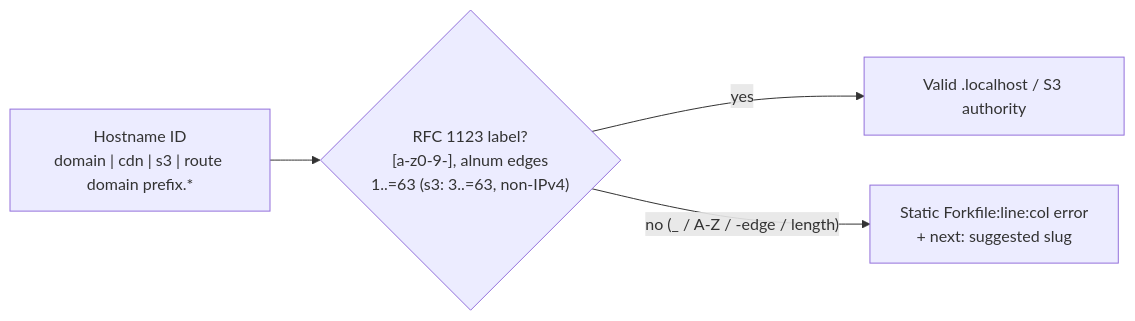
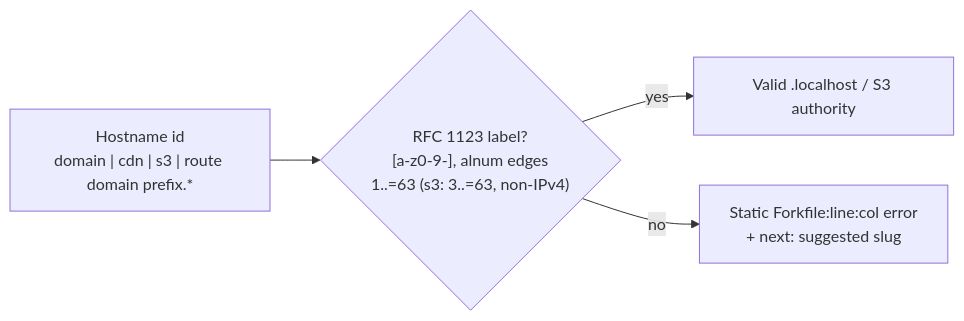
Before and after one commit to OffworldNexus/slipfork: the diagram in specs/01-forkfile.md, drawn with Mermaid. The commit also changed other lines of this file and 18 other files, not shown here.

````diff
--- a/specs/01-forkfile.md
+++ b/specs/01-forkfile.md
@@ -84,6 +47,6 @@
 ```mermaid
 flowchart LR
-  Decl["Hostname ID\ndomain | cdn | s3 | route domain prefix.*"] --> Check{"RFC 1123 label?\n[a-z0-9-], alnum edges\n1..=63 (s3: 3..=63, non-IPv4)"}
+  Decl["Hostname id\ndomain | cdn | s3 | route domain prefix.*"] --> Check{"RFC 1123 label?\n[a-z0-9-], alnum edges\n1..=63 (s3: 3..=63, non-IPv4)"}
   Check -->|"yes"| Ok["Valid .localhost / S3 authority"]
-  Check -->|"no (_ / A-Z / -edge / length)"| Err["Static Forkfile:line:col error\n+ next: suggested slug"]
+  Check -->|"no"| Err["Static Forkfile:line:col error\n+ next: suggested slug"]
 ```
````
